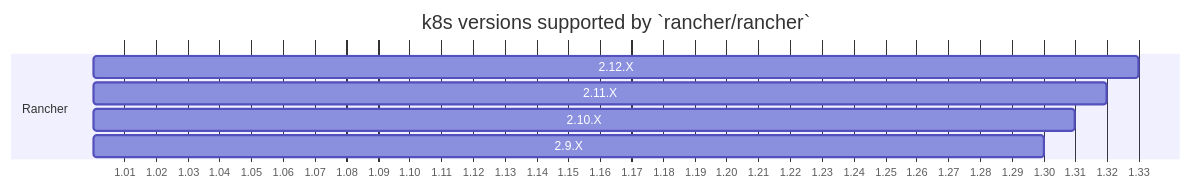
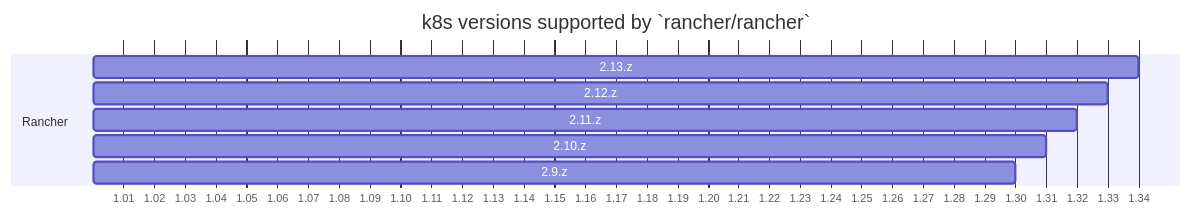
Before and after one commit to rancher/shell: the diagram in README.md, drawn with Mermaid. The commit also changed other lines of this file, not shown here.

Commit message:
Update readme for pending new branch

````diff
--- a/README.md
+++ b/README.md
@@ -29,14 +29,15 @@
 ```mermaid
 
 gantt
     title k8s versions supported by `rancher/rancher`
     todayMarker off
     dateFormat X
     axisFormat 1.%S
     tickInterval 1second
     section Rancher
-        2.12.X           :31,33
-        2.11.X           :30,32
-        2.10.X           :28,31
-        2.9.X           :27,30
+        2.13.z           :32,34
+        2.12.z           :31,33
+        2.11.z           :30,32
+        2.10.z           :28,31
+        2.9.z           :27,30
 ```
````
